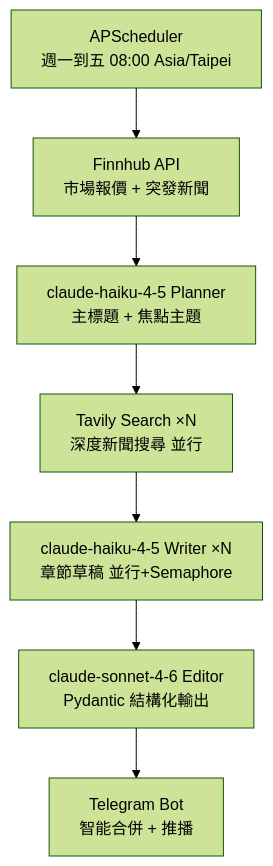
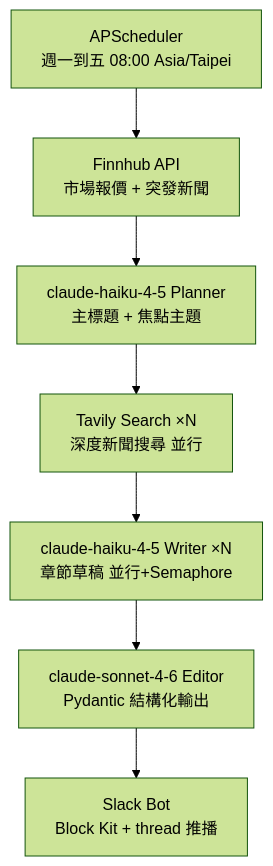
The diagram in README.md (jack926509/us-stock-newsletter), drawn with Mermaid (forest theme) before and after one commit. The commit also changed other lines of this file and 15 other files, not shown here.

First line of the commit message:
refactor: 將通知通道從 Telegram 整體遷移到 Slack（Block Kit + thread）

````diff
--- a/README.md
+++ b/README.md
@@ -48,10 +48,10 @@
 ```mermaid
 graph TD
     A[APScheduler<br/>週一到五 08:00 Asia/Taipei] --> B
     B[Finnhub API<br/>市場報價 + 突發新聞] --> C
     C[claude-haiku-4-5 Planner<br/>主標題 + 焦點主題] --> D
     D[Tavily Search ×N<br/>深度新聞搜尋 並行] --> E
     E[claude-haiku-4-5 Writer ×N<br/>章節草稿 並行+Semaphore] --> F
     F[claude-sonnet-4-6 Editor<br/>Pydantic 結構化輸出] --> G
-    G[Telegram Bot<br/>智能合併 + 推播]
+    G[Slack Bot<br/>Block Kit + thread 推播]
 ```
````
